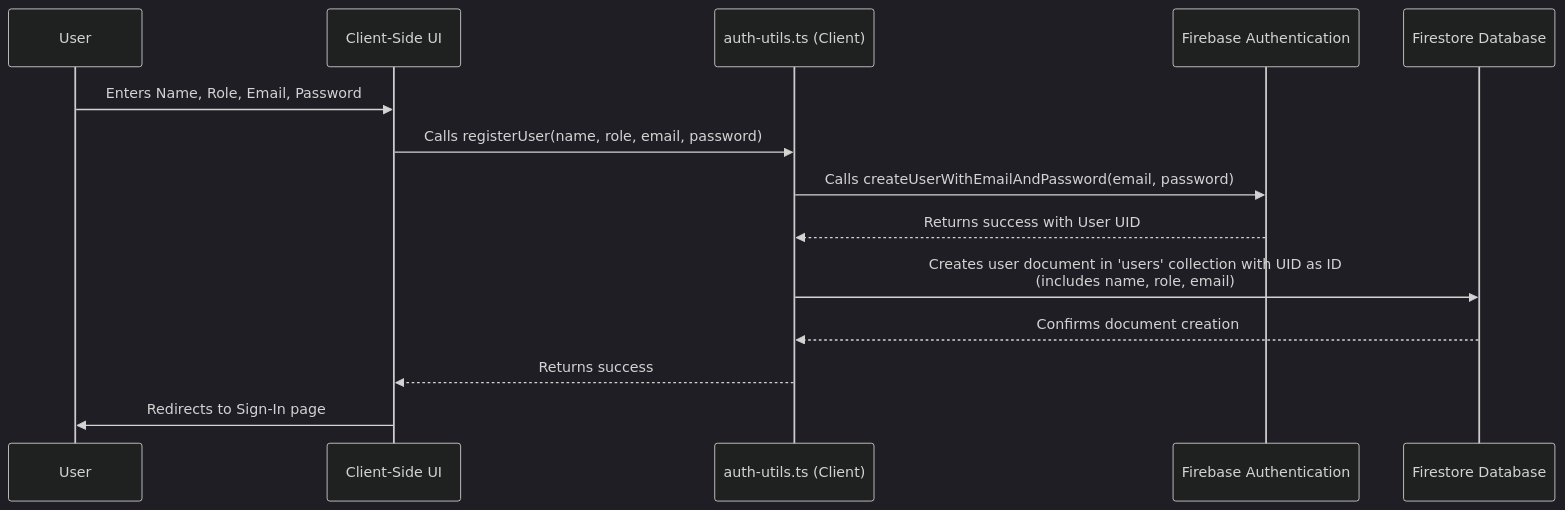
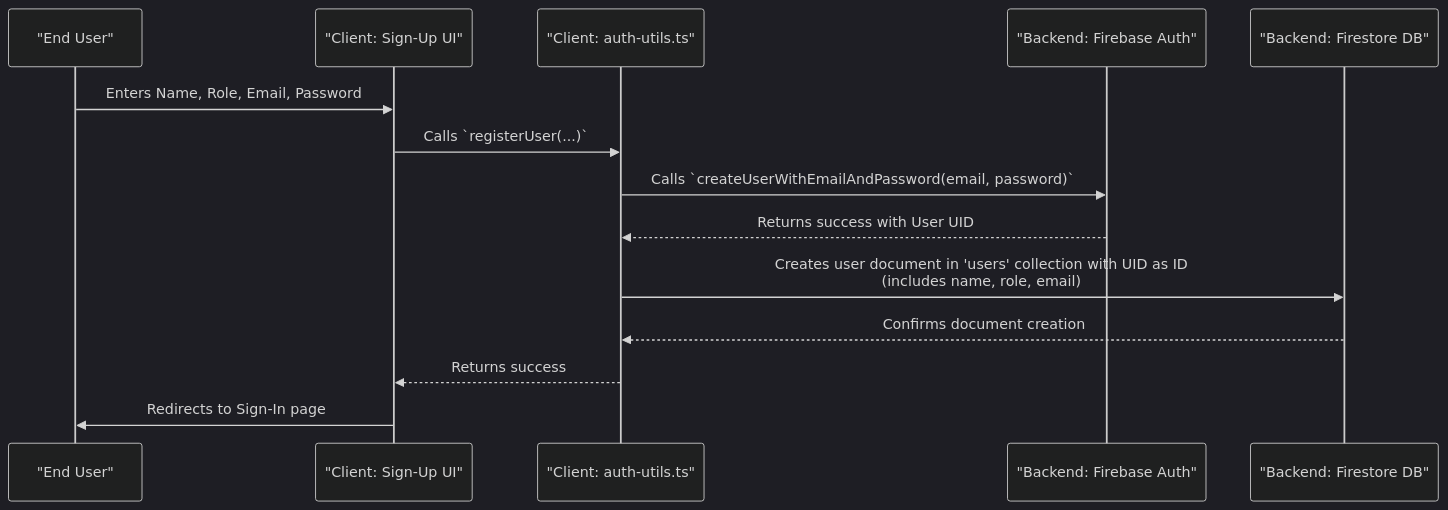
The first of 2 diagrams in docs/auth-flow-diagram.md (DamDoh/local_damdoh), drawn with Mermaid (dark theme) before and after one commit. The commit also changed other lines of this file, not shown here.

Commit message:
Yes, I found it but it displays the diagram in description. So can you g

````diff
--- a/docs/auth-flow-diagram.md
+++ b/docs/auth-flow-diagram.md
@@ -9,17 +9,17 @@
 ```mermaid
 sequenceDiagram
-    participant User
-    participant SignUpPage as Client-Side UI
-    participant AuthUtils as auth-utils.ts (Client)
-    participant FirebaseAuth as Firebase Authentication
-    participant FirestoreDB as Firestore Database
+    participant User as "End User"
+    participant SignUpPage as "Client: Sign-Up UI"
+    participant AuthUtils as "Client: auth-utils.ts"
+    participant FirebaseAuth as "Backend: Firebase Auth"
+    participant FirestoreDB as "Backend: Firestore DB"
 
     User->>SignUpPage: Enters Name, Role, Email, Password
-    SignUpPage->>AuthUtils: Calls registerUser(name, role, email, password)
-    AuthUtils->>FirebaseAuth: Calls createUserWithEmailAndPassword(email, password)
+    SignUpPage->>AuthUtils: Calls `registerUser(...)`
+    AuthUtils->>FirebaseAuth: Calls `createUserWithEmailAndPassword(email, password)`
     FirebaseAuth-->>AuthUtils: Returns success with User UID
     AuthUtils->>FirestoreDB: Creates user document in 'users' collection with UID as ID <br/>(includes name, role, email)
     FirestoreDB-->>AuthUtils: Confirms document creation
     AuthUtils-->>SignUpPage: Returns success
     SignUpPage->>User: Redirects to Sign-In page
 ```
````
